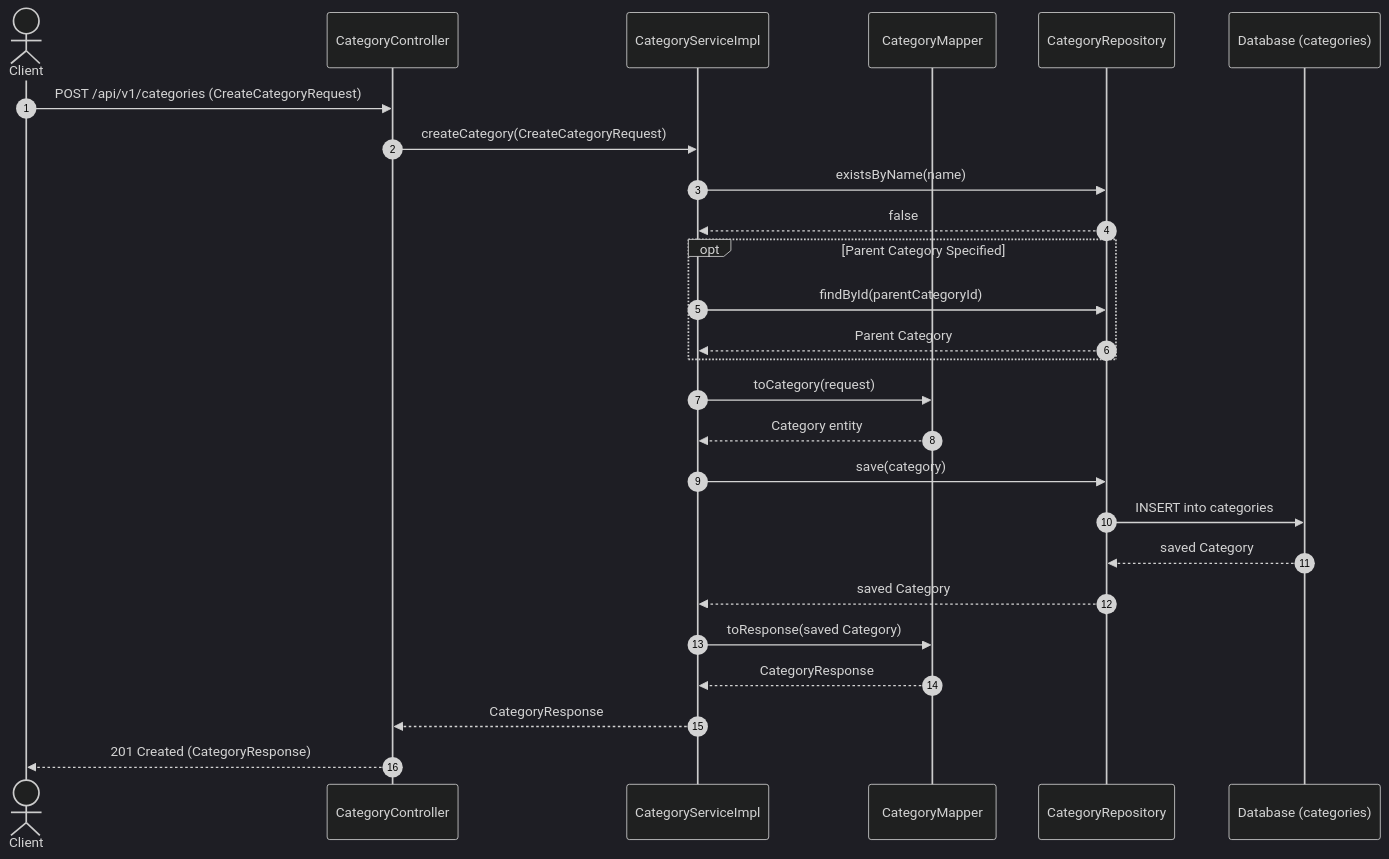
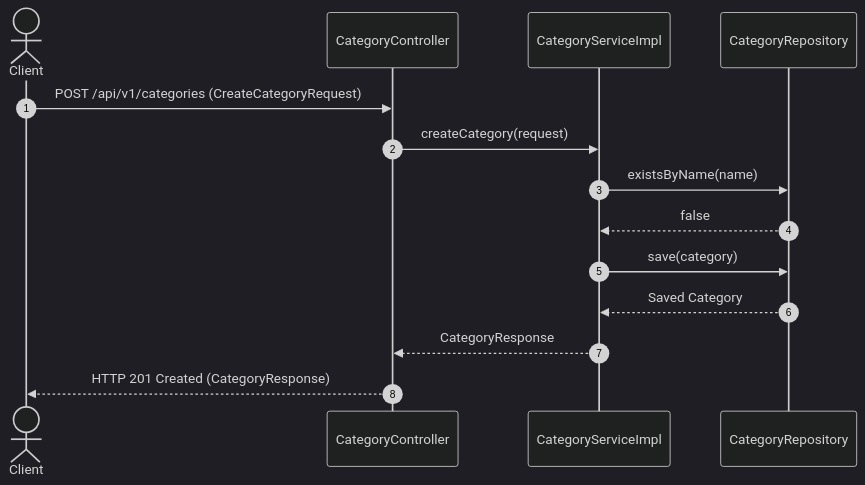
The first of 2 diagrams in docs/Category.md (Amitgupta0001/amazon-scale-backend), drawn with Mermaid (dark theme) before and after one commit. The commit also changed other lines of this file and 26 other files, not shown here.

Commit message:
docs: document project architecture, API, security, database, and modules

````diff
--- a/docs/Category.md
+++ b/docs/Category.md
@@ -384,29 +164,17 @@
 ```mermaid
 sequenceDiagram
     autonumber
     actor Client
-    participant Controller as CategoryController
-    participant Service as CategoryServiceImpl
-    participant Mapper as CategoryMapper
+    participant Ctrl as CategoryController
+    participant Svc as CategoryServiceImpl
     participant Repo as CategoryRepository
-    participant DB as Database (categories)
 
-    Client->>Controller: POST /api/v1/categories (CreateCategoryRequest)
-    Controller->>Service: createCategory(CreateCategoryRequest)
-    Service->>Repo: existsByName(name)
-    Repo-->>Service: false
-    opt Parent Category Specified
-        Service->>Repo: findById(parentCategoryId)
-        Repo-->>Service: Parent Category
-    end
-    Service->>Mapper: toCategory(request)
-    Mapper-->>Service: Category entity
-    Service->>Repo: save(category)
-    Repo->>DB: INSERT into categories
-    DB-->>Repo: saved Category
-    Repo-->>Service: saved Category
-    Service->>Mapper: toResponse(saved Category)
-    Mapper-->>Service: CategoryResponse
-    Service-->>Controller: CategoryResponse
-    Controller-->>Client: 201 Created (CategoryResponse)
+    Client->>Ctrl: POST /api/v1/categories (CreateCategoryRequest)
+    Ctrl->>Svc: createCategory(request)
+    Svc->>Repo: existsByName(name)
+    Repo-->>Svc: false
+    Svc->>Repo: save(category)
+    Repo-->>Svc: Saved Category
+    Svc-->>Ctrl: CategoryResponse
+    Ctrl-->>Client: HTTP 201 Created (CategoryResponse)
 ```
````
